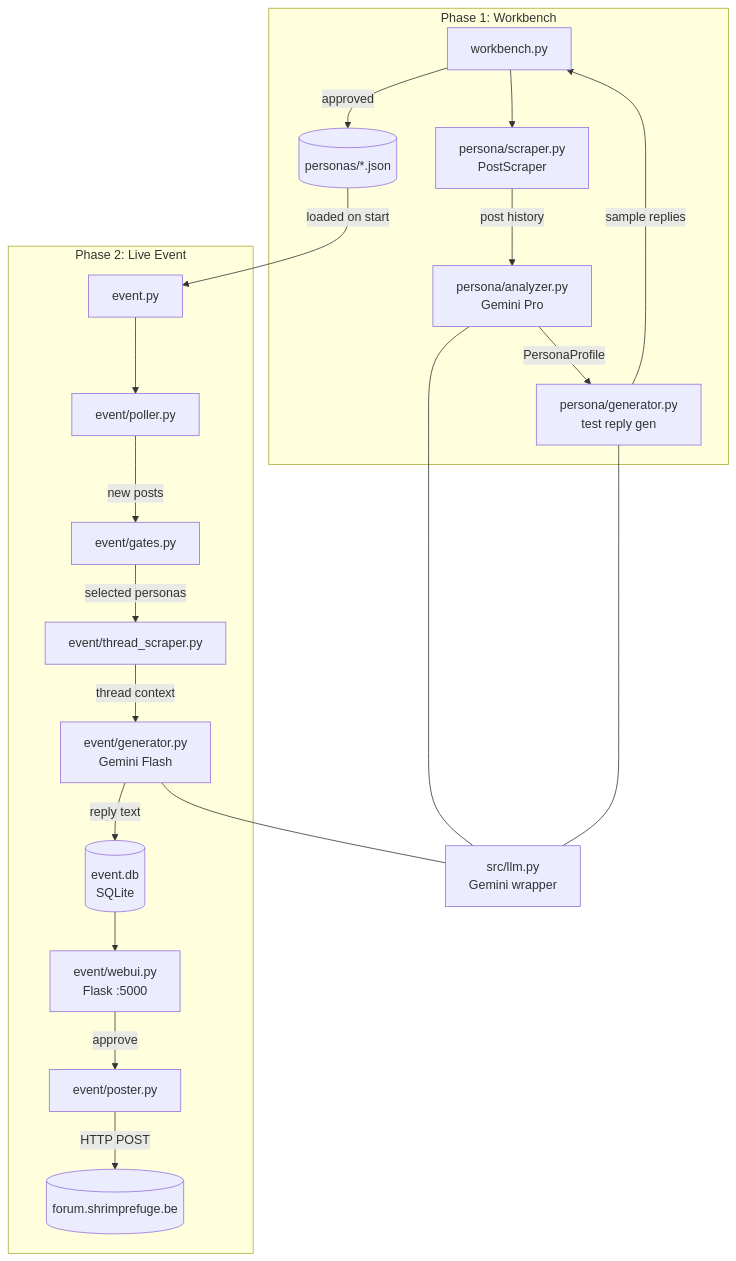
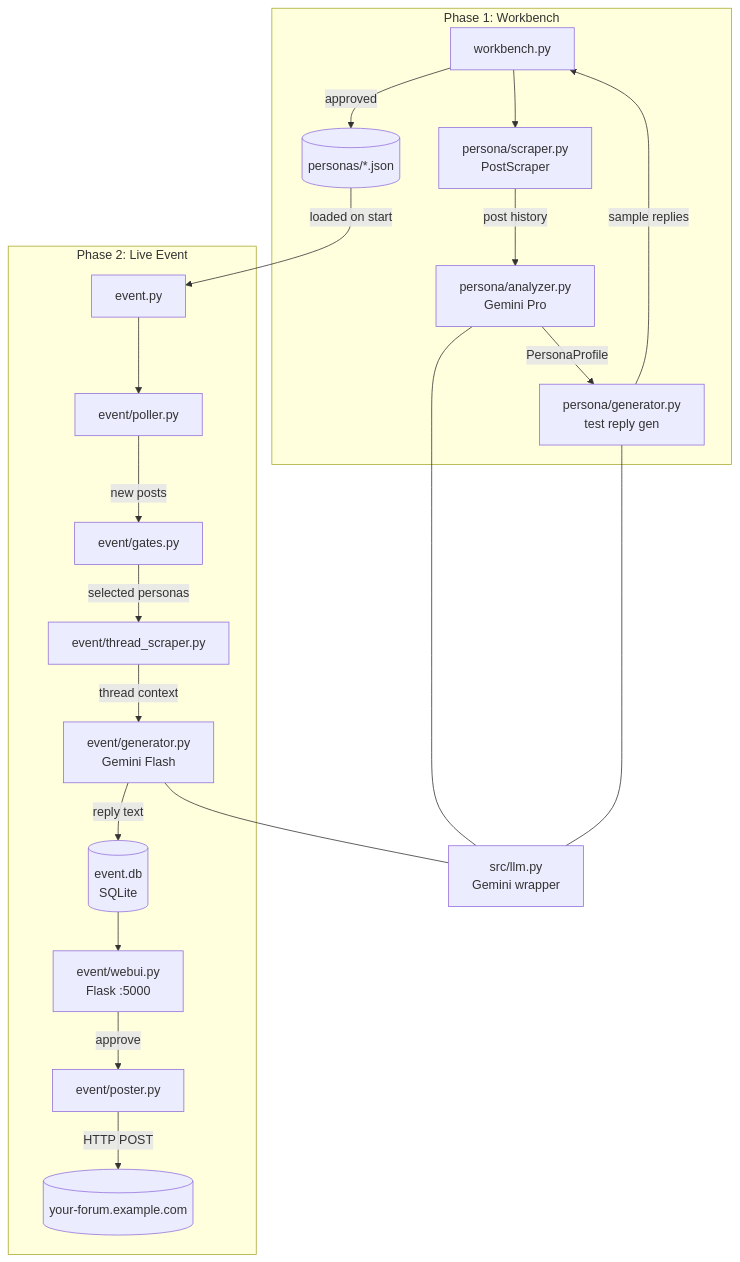
Before and after one commit to bavobbr/forum-community-simulator: the first of 4 diagrams in README.md, drawn with Mermaid. The commit also changed other lines of this file and 9 other files, not shown here.

````diff
--- a/README.md
+++ b/README.md
@@ -25,42 +25,42 @@
 ```mermaid
 graph TD
     subgraph wb["Phase 1: Workbench"]
         WB[workbench.py]
         PS["persona/scraper.py\nPostScraper"]
         PA["persona/analyzer.py\nGemini Pro"]
         PG["persona/generator.py\ntest reply gen"]
         PJ[("personas/*.json")]
 
         WB --> PS
         PS -->|post history| PA
         PA -->|PersonaProfile| PG
         PG -->|sample replies| WB
         WB -->|approved| PJ
     end
 
     subgraph ev["Phase 2: Live Event"]
         EV[event.py]
         PO[event/poller.py]
         GT[event/gates.py]
         TS[event/thread_scraper.py]
         EG["event/generator.py\nGemini Flash"]
         DB[("event.db\nSQLite")]
         WUI["event/webui.py\nFlask :5000"]
         PTR[event/poster.py]
 
         EV --> PO
         PO -->|new posts| GT
         GT -->|selected personas| TS
         TS -->|thread context| EG
         EG -->|reply text| DB
         DB --> WUI
         WUI -->|approve| PTR
-        PTR -->|HTTP POST| Forum[("forum.shrimprefuge.be")]
+        PTR -->|HTTP POST| Forum[("your-forum.example.com")]
     end
 
     PJ -->|loaded on start| EV
     LLM["src/llm.py\nGemini wrapper"]
     PA --- LLM
     PG --- LLM
     EG --- LLM
 ```
````
